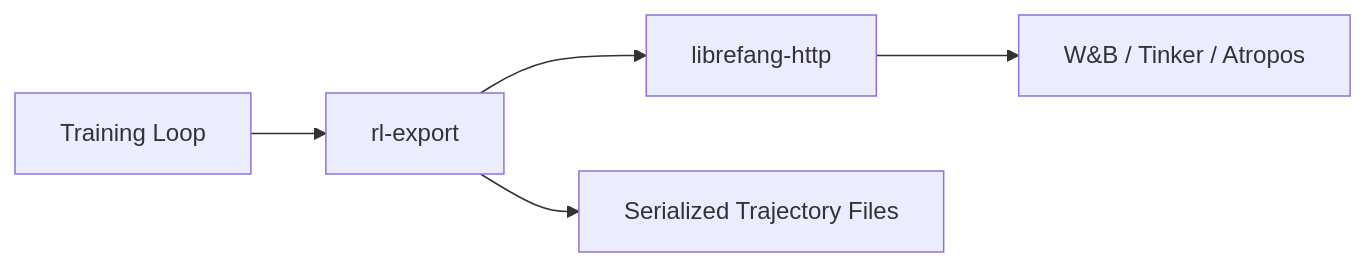
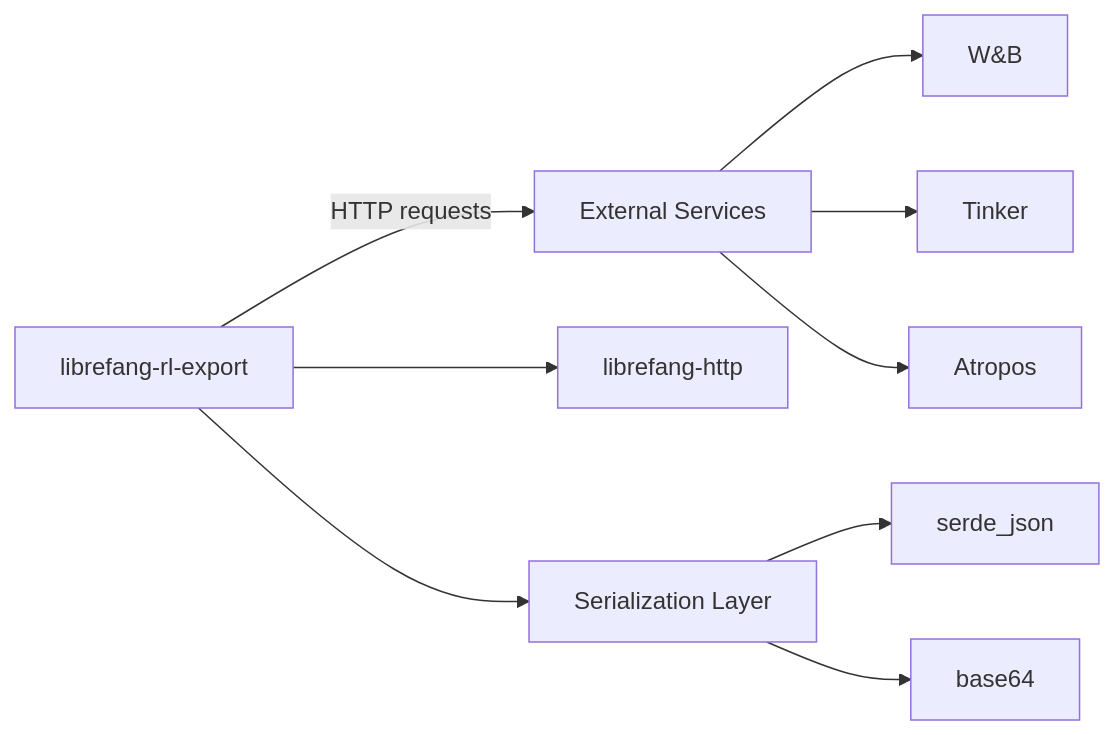
One commit to leszek3737/librefang-WIki changed the diagram in other-librefang-rl-export.md. Above: the diagram before and after it, drawn with Mermaid. The commit also changed other lines of this file and 122 other files, not shown here.

````diff
--- a/other-librefang-rl-export.md
+++ b/other-librefang-rl-export.md
@@ -13,7 +13,11 @@
 ```mermaid
 graph LR
-    A[Training Loop] --> B[rl-export]
-    B --> C[librefang-http]
-    C --> D[W&B / Tinker / Atropos]
-    B --> E[Serialized Trajectory Files]
+    A[librefang-rl-export] -->|HTTP requests| B[External Services]
+    B --> B1[W&B]
+    B --> B2[Tinker]
+    B --> B3[Atropos]
+    A --> C[librefang-http]
+    A --> D[Serialization Layer]
+    D --> D1[serde_json]
+    D --> D2[base64]
 ```
````
